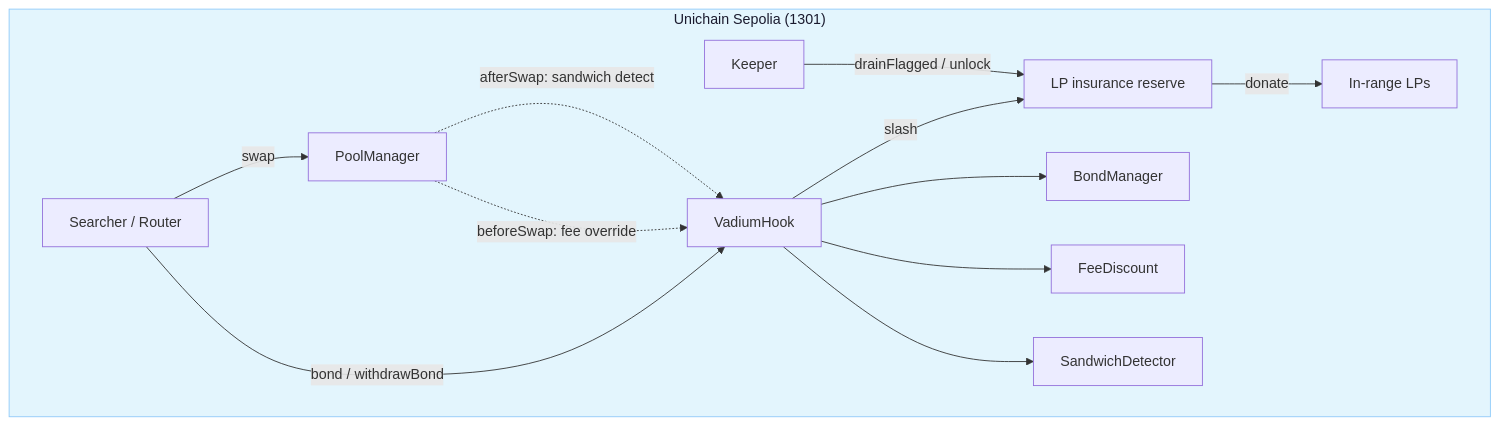
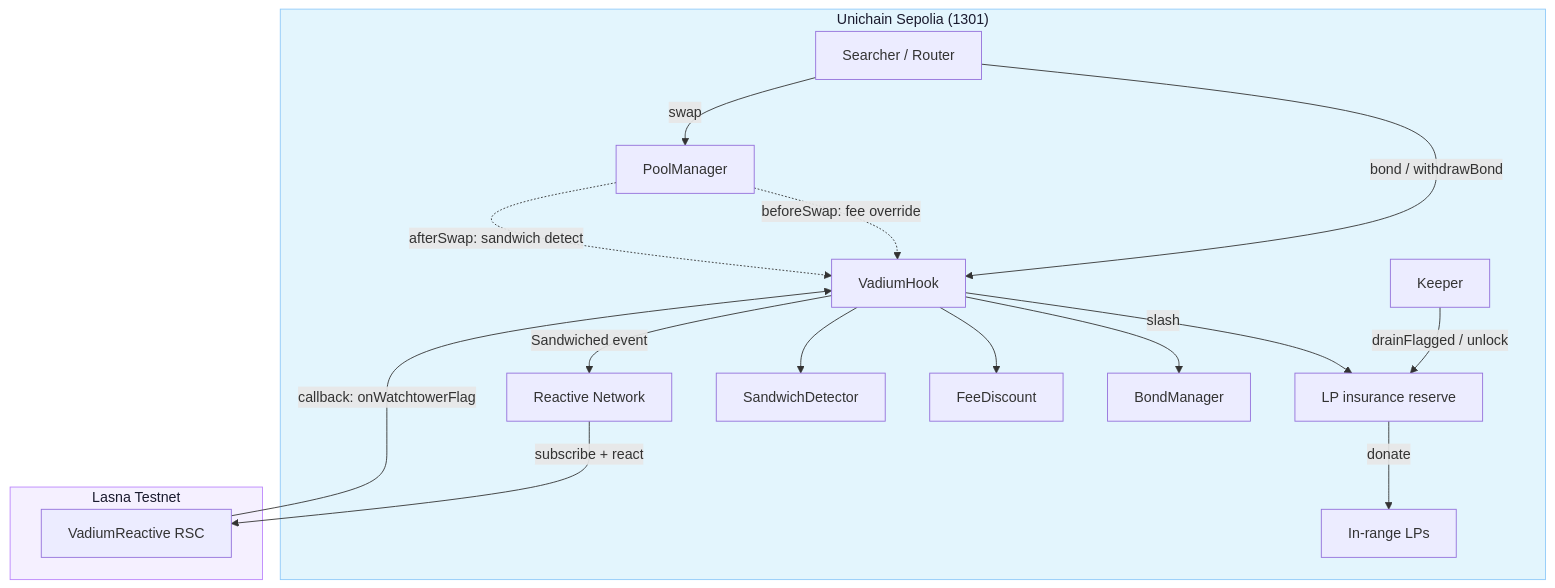
The diagram in README.md (Majormaxx/vadium), drawn with Mermaid before and after one commit. The commit also changed other lines of this file and 2 other files, not shown here.

Commit message:
documented reactive sidecar and bumped test count

````diff
--- a/README.md
+++ b/README.md
@@ -35,16 +35,23 @@
 ```mermaid
 flowchart TB
     subgraph Unichain["Unichain Sepolia (1301)"]
         Searcher[Searcher / Router] -->|bond / withdrawBond| V[VadiumHook]
         Searcher -->|swap| PM[PoolManager]
         PM -.->|beforeSwap: fee override| V
         PM -.->|afterSwap: sandwich detect| V
         V -->|slash| R[LP insurance reserve]
         K[Keeper] -->|drainFlagged / unlock| R -->|donate| LP[In-range LPs]
         V[VadiumHook] --> B[BondManager]
         V --> F[FeeDiscount]
         V --> D[SandwichDetector]
+        V -->|Sandwiched event| RN[Reactive Network]
+    end
+
+    subgraph Lasna["Lasna Testnet"]
+        RN -->|subscribe + react| RSC[VadiumReactive RSC]
+        RSC -->|callback: onWatchtowerFlag| V
     end
 
     style Unichain fill:#e3f5fd,color:#1a1a2e,stroke:#90caf9
+    style Lasna fill:#f5f0ff,color:#1a1a2e,stroke:#bb86fc
 ```
````
